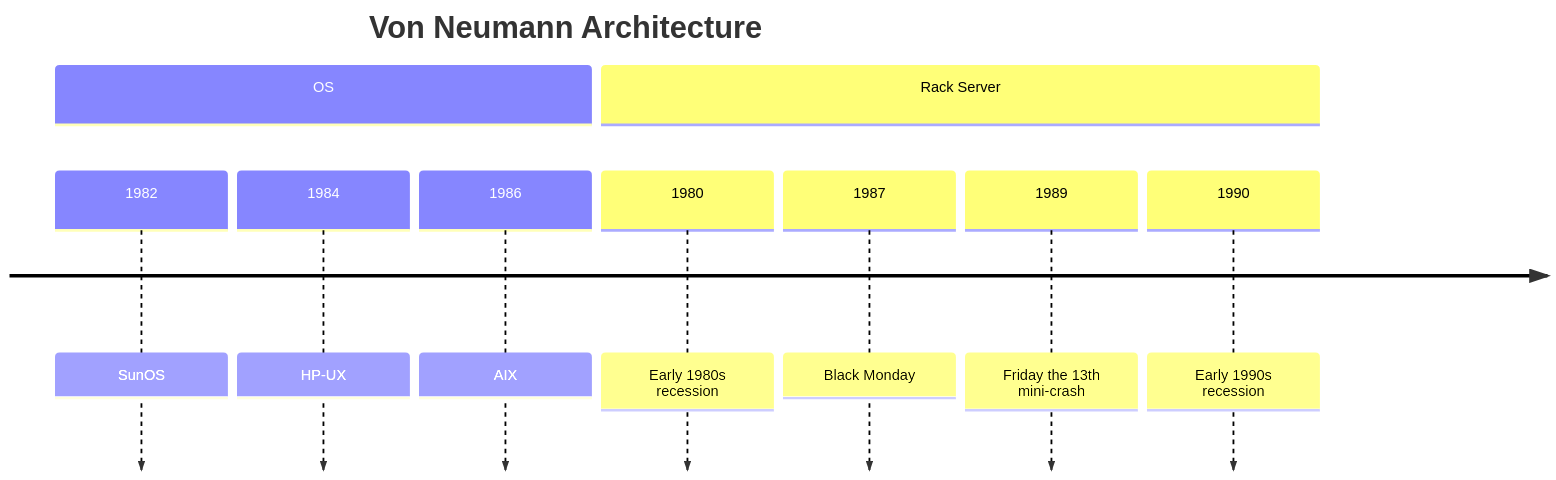
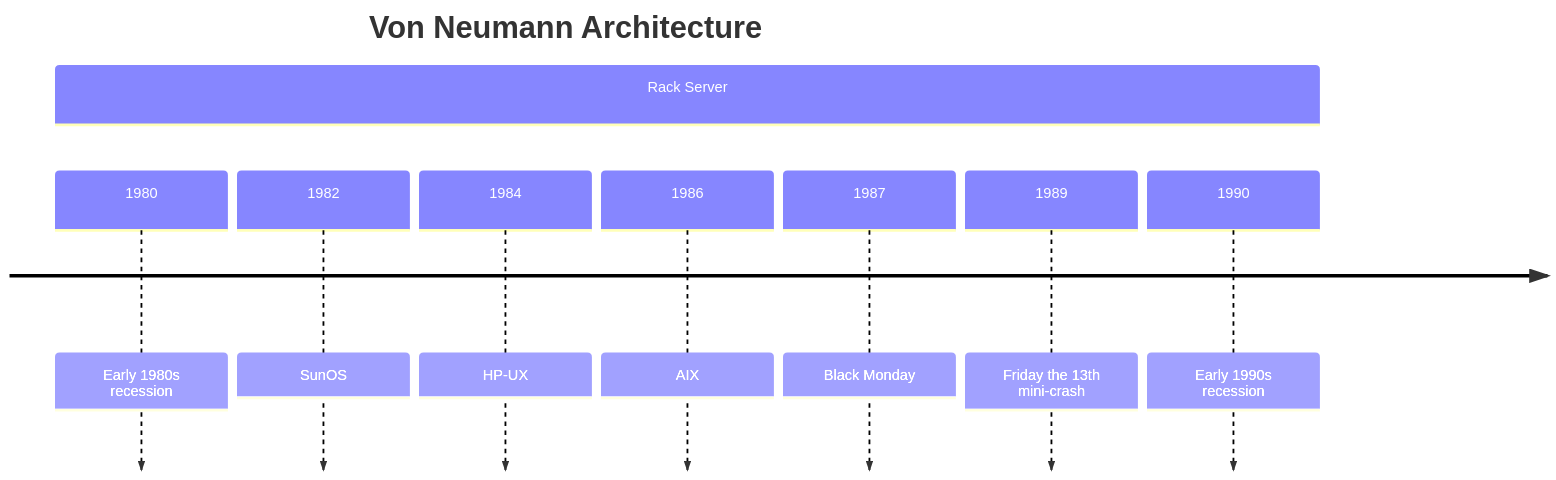
Before and after one commit to categoric-dev/reliability-engineering: the fourth of 6 diagrams in Writerside/topics/chronology.md, drawn with Mermaid. The commit also changed other lines of this file and 2 other files, not shown here.

Commit message:
Update Writerside content: enhance "Chronology" topic, refine Fortran/Cobol timeline formatting, add copyright to build profiles, and update license details.

````diff
--- a/Writerside/topics/chronology.md
+++ b/Writerside/topics/chronology.md
@@ -57,13 +57,12 @@
 ```mermaid
 timeline
     title Von Neumann Architecture
-        section OS
+        section Rack Server
+          1980: Early 1980s recession
           1982: SunOS
           1984: HP-UX
           1986: AIX
-        section Rack Server
-          1980: Early 1980s recession
           1987: Black Monday
           1989: Friday the 13th mini-crash
           1990: Early 1990s recession
 ```
````
